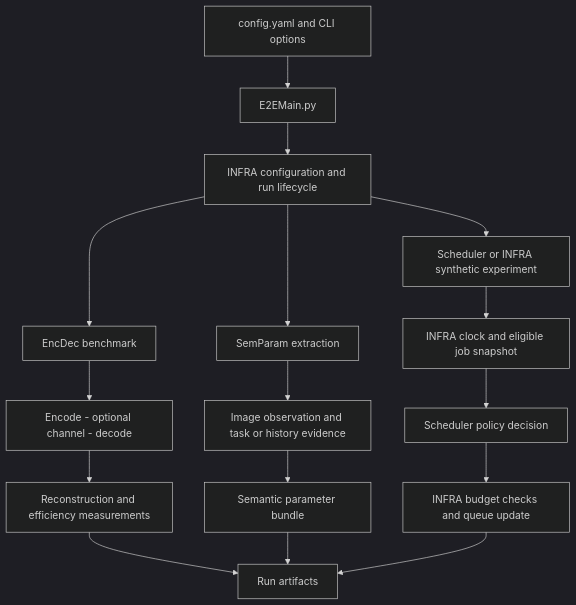
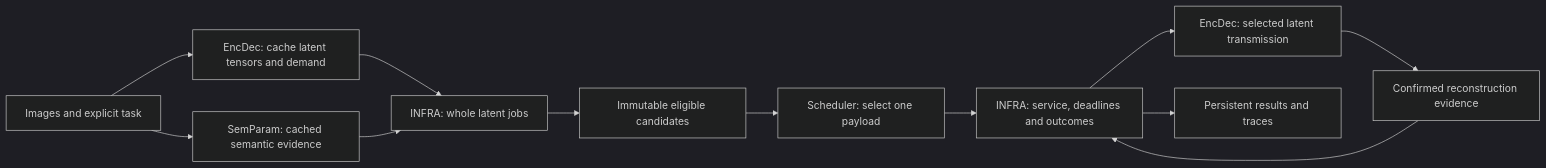
Before and after one commit to saltypal/SemanticSchedulerEnd2End: the diagram in README.md, drawn with Mermaid (dark theme). The commit also changed other lines of this file and 159 other files, not shown here.

````diff
--- a/README.md
+++ b/README.md
@@ -62,18 +28,14 @@
 ```mermaid
-flowchart TD
-    C[config.yaml and CLI options] --> E[E2EMain.py]
-    E --> I[INFRA configuration and run lifecycle]
-    I --> B[EncDec benchmark]
-    I --> X[SemParam extraction]
-    I --> S[Scheduler or INFRA synthetic experiment]
-    B --> B1[Encode - optional channel - decode]
-    B1 --> B2[Reconstruction and efficiency measurements]
-    X --> X1[Image observation and task or history evidence]
-    X1 --> X2[Semantic parameter bundle]
-    S --> S1[INFRA clock and eligible job snapshot]
-    S1 --> S2[Scheduler policy decision]
-    S2 --> S3[INFRA budget checks and queue update]
-    B2 --> R[Run artifacts]
-    X2 --> R
-    S3 --> R
+flowchart LR
+    Images[Images and explicit task] --> Codec[EncDec: cache latent tensors and demand]
+    Images --> Features[SemParam: cached semantic evidence]
+    Codec --> Jobs[INFRA: whole latent jobs]
+    Features --> Jobs
+    Jobs --> Snapshot[Immutable eligible candidates]
+    Snapshot --> Policy[Scheduler: select one payload]
+    Policy --> Lifecycle[INFRA: service, deadlines and outcomes]
+    Lifecycle --> Transport[EncDec: selected latent transmission]
+    Transport --> Feedback[Confirmed reconstruction evidence]
+    Feedback --> Lifecycle
+    Lifecycle --> Results[Persistent results and traces]
 ```
````
